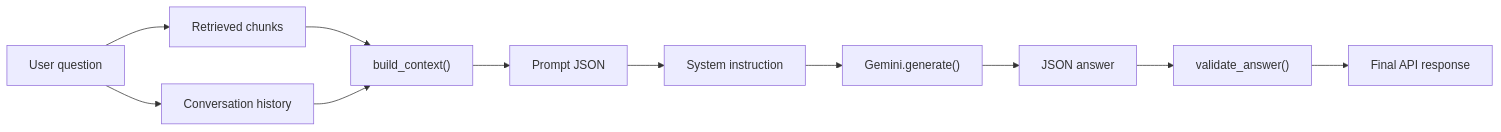
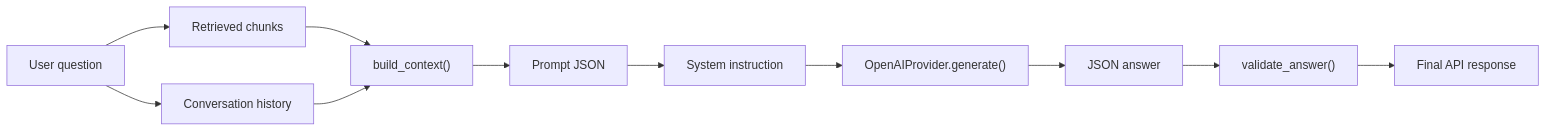
Before and after one commit to Dorjnyam/rag_chatbot_try: the diagram in documentation/04-augmentation-and-generation.md, drawn with Mermaid. The commit also changed other lines of this file and 50 other files, not shown here.

````diff
--- a/documentation/04-augmentation-and-generation.md
+++ b/documentation/04-augmentation-and-generation.md
@@ -10,13 +10,13 @@
 ```mermaid
 flowchart LR
     Q["User question"] --> R["Retrieved chunks"]
     Q --> H["Conversation history"]
     R --> C["build_context()"]
     H --> C
     C --> P["Prompt JSON"]
     P --> S["System instruction"]
-    S --> G["Gemini.generate()"]
+    S --> G["OpenAIProvider.generate()"]
     G --> A["JSON answer"]
     A --> V["validate_answer()"]
     V --> F["Final API response"]
 ```
````
